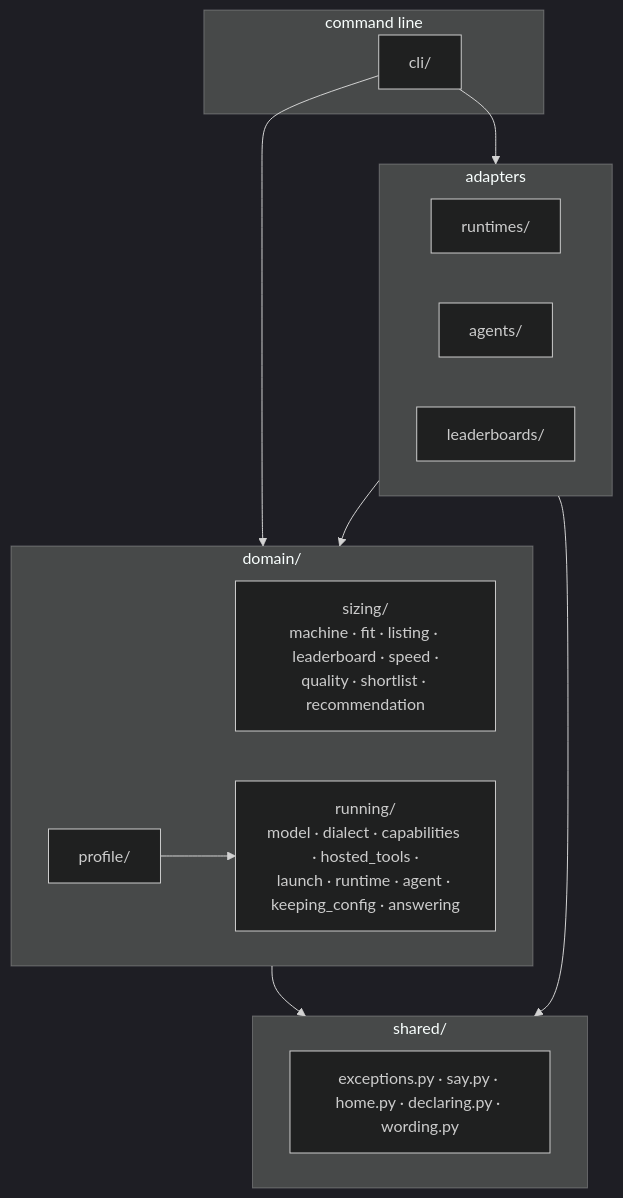
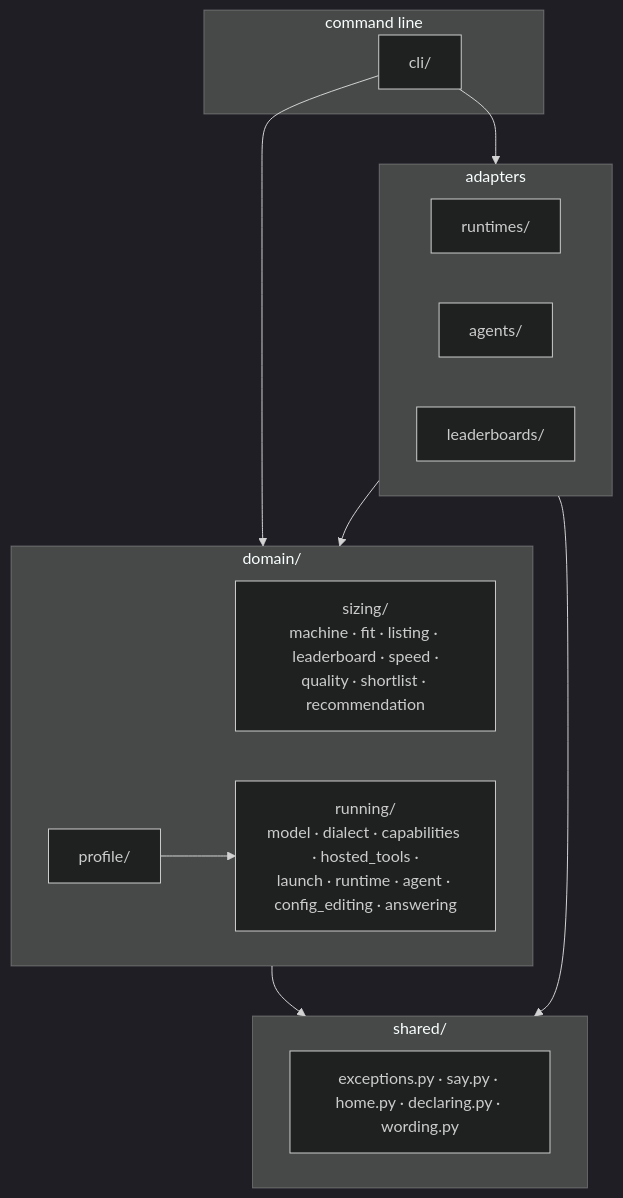
One commit to pvardanis/offgrid changed the first of 3 diagrams in docs/architecture.md. Above: the diagram before and after it, drawn with Mermaid (dark theme). The commit also changed other lines of this file and 5 other files, not shown here.

````diff
--- a/docs/architecture.md
+++ b/docs/architecture.md
@@ -13,26 +13,26 @@
 ```mermaid
 flowchart TD
     subgraph cmd [command line]
         cli["cli/"]
     end
     subgraph adapters [adapters]
         rt["runtimes/"]
         ag["agents/"]
         lb["leaderboards/"]
     end
     subgraph domain ["domain/"]
         sizing["sizing/<br/>machine · fit · listing · leaderboard · speed ·<br/>quality · shortlist · recommendation"]
-        running["running/<br/>model · dialect · capabilities · hosted_tools ·<br/>launch · runtime · agent · keeping_config · answering"]
+        running["running/<br/>model · dialect · capabilities · hosted_tools ·<br/>launch · runtime · agent · config_editing · answering"]
         profile["profile/"]
     end
     subgraph shared ["shared/"]
         sh["exceptions.py · say.py · home.py · declaring.py · wording.py"]
     end
 
     cli --> adapters
     cli --> domain
     adapters --> domain
     domain --> shared
     adapters --> shared
     profile --> running
 ```
````
